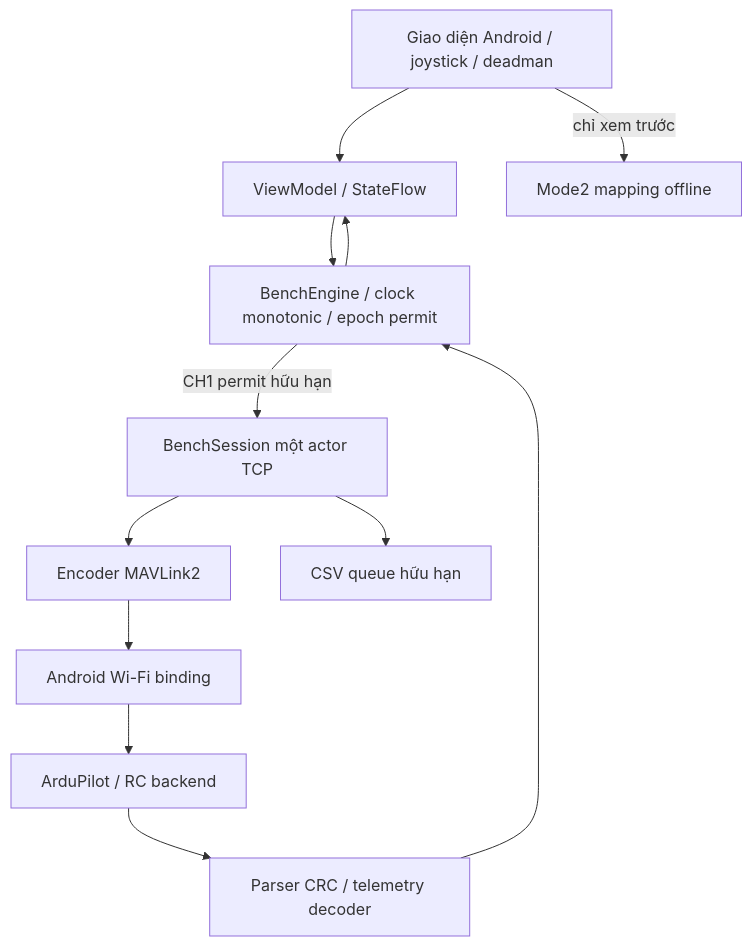
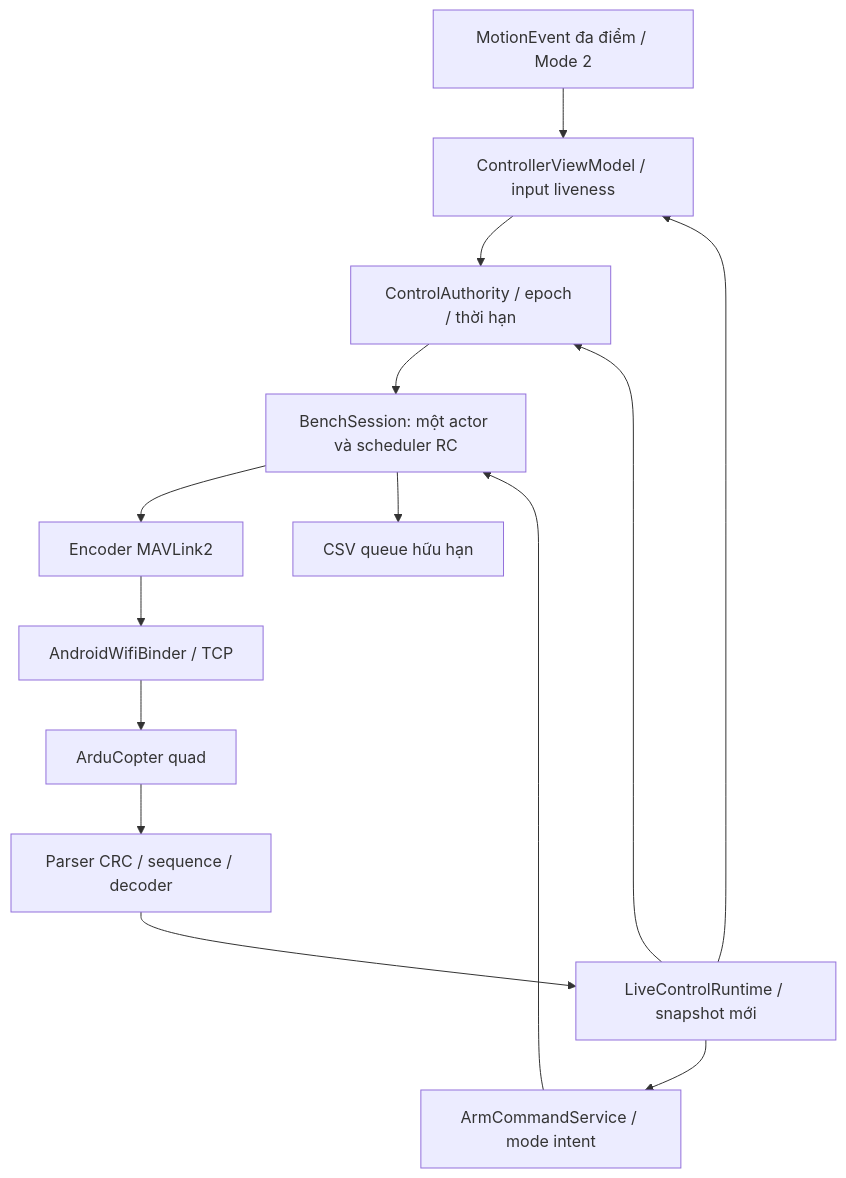
The diagram in android_drone_controller/docs/ARCHITECTURE_RC.md (nhanhlen1/Drone-ESP32), drawn with Mermaid before and after one commit. The commit also changed other lines of this file and 18 other files, not shown here.

````diff
--- a/android_drone_controller/docs/ARCHITECTURE_RC.md
+++ b/android_drone_controller/docs/ARCHITECTURE_RC.md
@@ -3,14 +3,16 @@
 ```mermaid
 flowchart TD
-    UI[Giao diện Android / joystick / deadman] --> VM[ViewModel / StateFlow]
-    VM --> CORE[BenchEngine / clock monotonic / epoch permit]
-    CORE -->|CH1 permit hữu hạn| TCP[BenchSession một actor TCP]
-    TCP --> ENC[Encoder MAVLink2]
-    ENC --> WIFI[Android Wi-Fi binding]
-    WIFI --> FC[ArduPilot / RC backend]
-    FC --> PARSE[Parser CRC / telemetry decoder]
-    PARSE --> CORE
-    CORE --> VM
-    TCP --> LOG[CSV queue hữu hạn]
-    UI -->|chỉ xem trước| MAP[Mode2 mapping offline]
+    UI[MotionEvent đa điểm / Mode 2] --> VM[ControllerViewModel / input liveness]
+    VM --> AUTH[ControlAuthority / epoch / thời hạn]
+    AUTH --> ACTOR[BenchSession: một actor và scheduler RC]
+    CMD[ArmCommandService / mode intent] --> ACTOR
+    ACTOR --> ENC[Encoder MAVLink2]
+    ENC --> WIFI[AndroidWifiBinder / TCP]
+    WIFI --> FC[ArduCopter quad]
+    FC --> PARSER[Parser CRC / sequence / decoder]
+    PARSER --> RT[LiveControlRuntime / snapshot mới]
+    RT --> AUTH
+    RT --> CMD
+    ACTOR --> LOG[CSV queue hữu hạn]
+    RT --> VM
 ```
````
